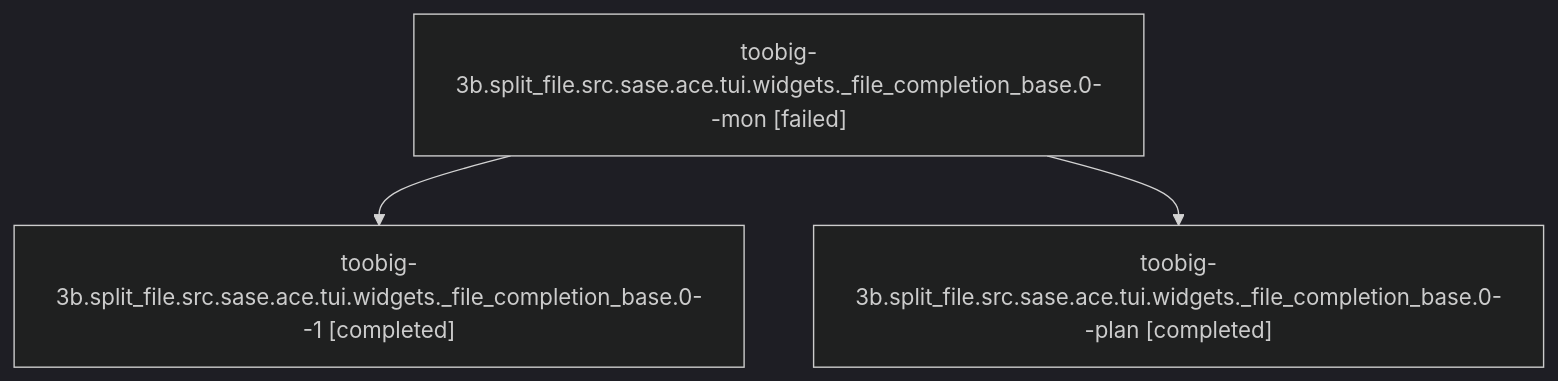
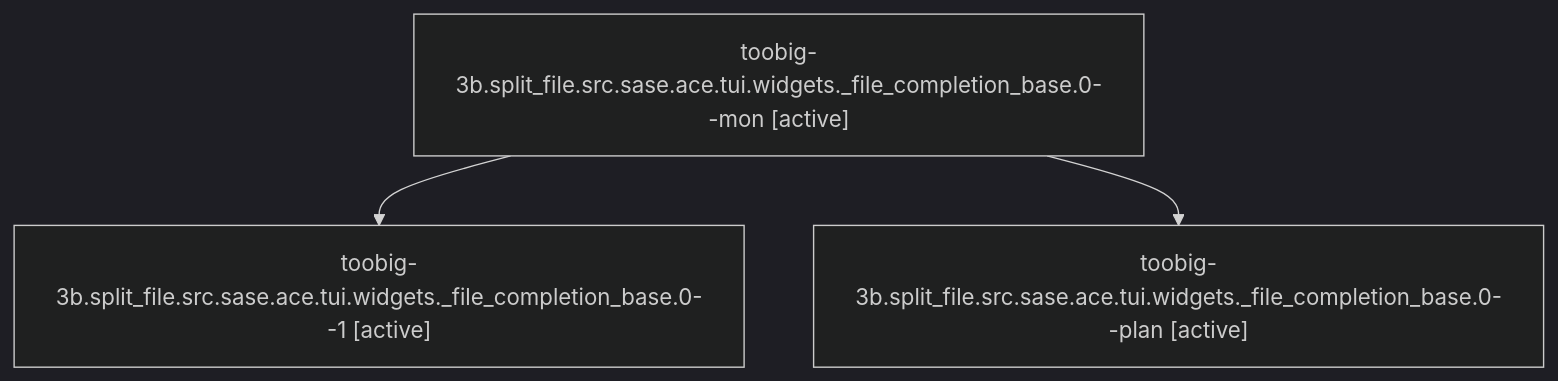
The diagram in families/bbugyi200.athena.toobig-3b.split_file.src.sase.ace.tui.widgets._file_completion_base.0.md (sase-org/sase--agents), drawn with Mermaid (dark theme) before and after one commit. The commit also changed other lines of this file and 35830 other files, not shown here.

````diff
--- a/families/bbugyi200.athena.toobig-3b.split_file.src.sase.ace.tui.widgets._file_completion_base.0.md
+++ b/families/bbugyi200.athena.toobig-3b.split_file.src.sase.ace.tui.widgets._file_completion_base.0.md
@@ -9,8 +9,8 @@
 ```mermaid
 flowchart TD
-  n0["toobig-3b.split_file.src.sase.ace.tui.widgets._file_completion_base.0--mon [failed]"]
-  n1["toobig-3b.split_file.src.sase.ace.tui.widgets._file_completion_base.0--1 [completed]"]
+  n0["toobig-3b.split_file.src.sase.ace.tui.widgets._file_completion_base.0--mon [active]"]
+  n1["toobig-3b.split_file.src.sase.ace.tui.widgets._file_completion_base.0--1 [active]"]
   n0 --> n1
-  n2["toobig-3b.split_file.src.sase.ace.tui.widgets._file_completion_base.0--plan [completed]"]
+  n2["toobig-3b.split_file.src.sase.ace.tui.widgets._file_completion_base.0--plan [active]"]
   n0 --> n2
 ```
````
